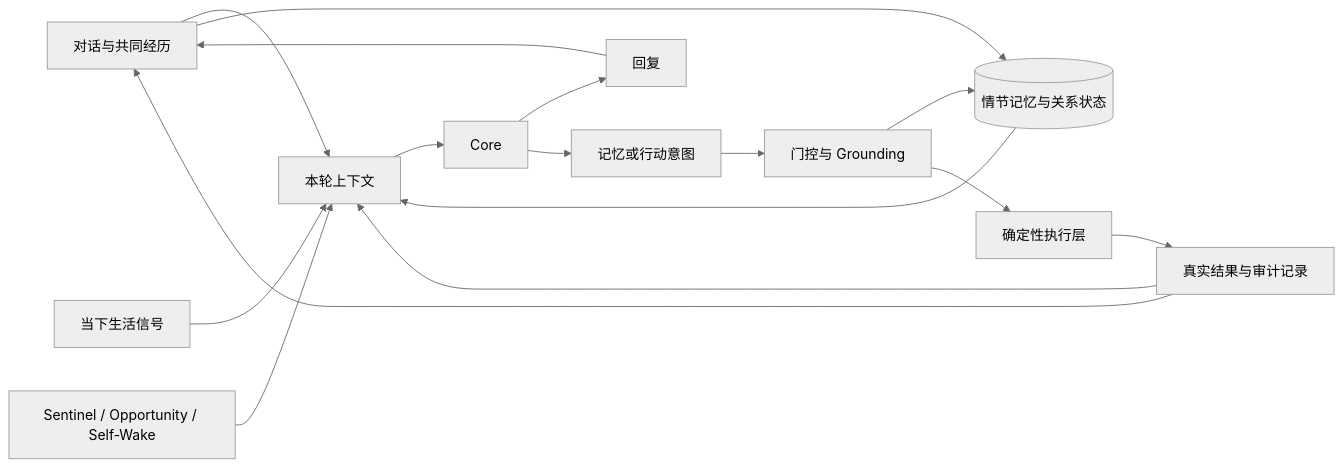
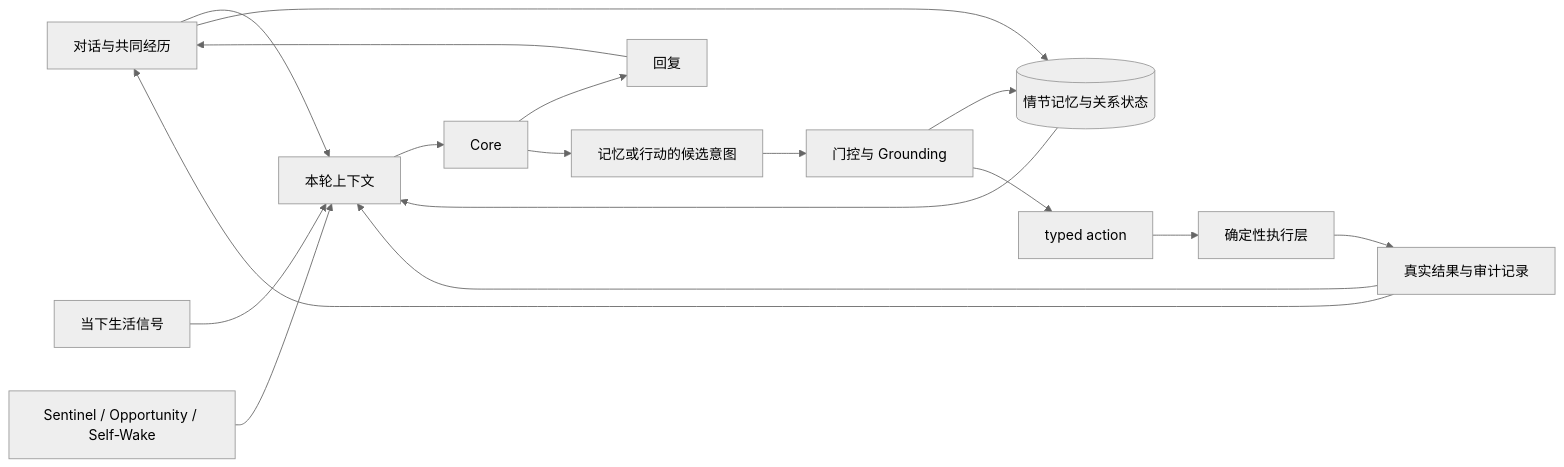
One commit to yy606747/obsidian-vow changed the diagram in README.md. Above: the diagram before and after it, drawn with Mermaid (neutral theme). The commit also changed other lines of this file and 1 other file, not shown here.

Commit message:
docs: clarify intent grounding in harness

````diff
--- a/README.md
+++ b/README.md
@@ -17,18 +17,19 @@
 ```mermaid
 flowchart LR
     Experience[对话与共同经历] --> Context[本轮上下文]
     Experience --> Memory[(情节记忆与关系状态)]
     Signals[当下生活信号] --> Context
     Memory --> Context
     Wake[Sentinel / Opportunity / Self-Wake] --> Context
     Context --> Core[Core]
     Core --> Reply[回复]
-    Core --> Intent[记忆或行动意图]
+    Core --> Intent[记忆或行动的候选意图]
     Intent --> Gate[门控与 Grounding]
     Gate --> Memory
-    Gate --> Runtime[确定性执行层]
+    Gate --> Action[typed action]
+    Action --> Runtime[确定性执行层]
     Runtime --> Result[真实结果与审计记录]
     Result --> Context
     Reply --> Experience
     Result --> Experience
 ```
````
